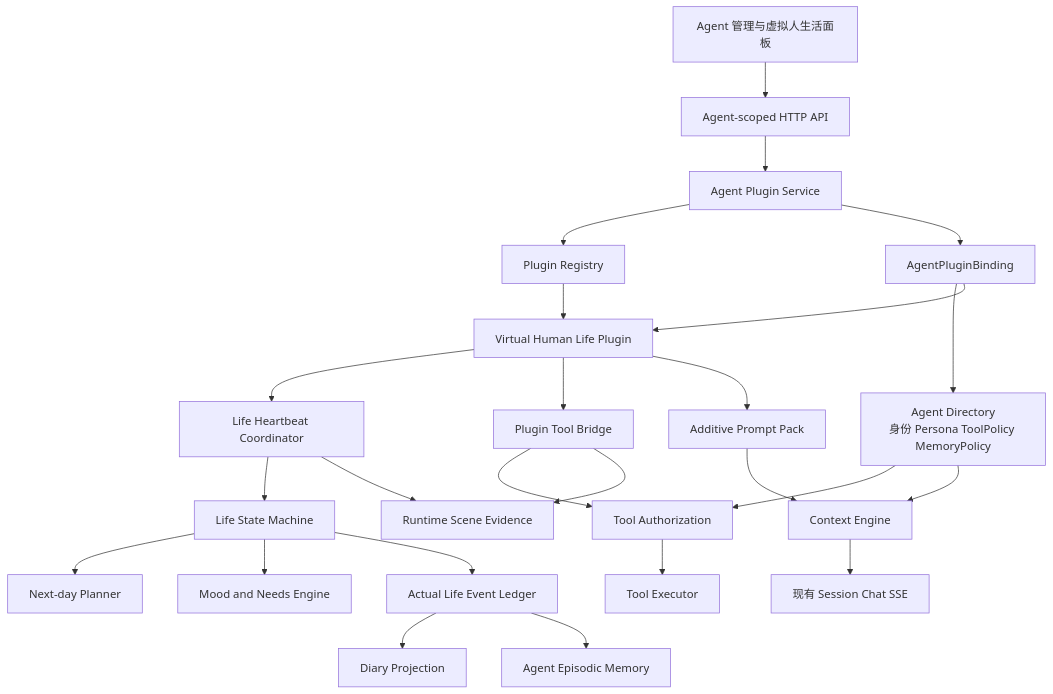
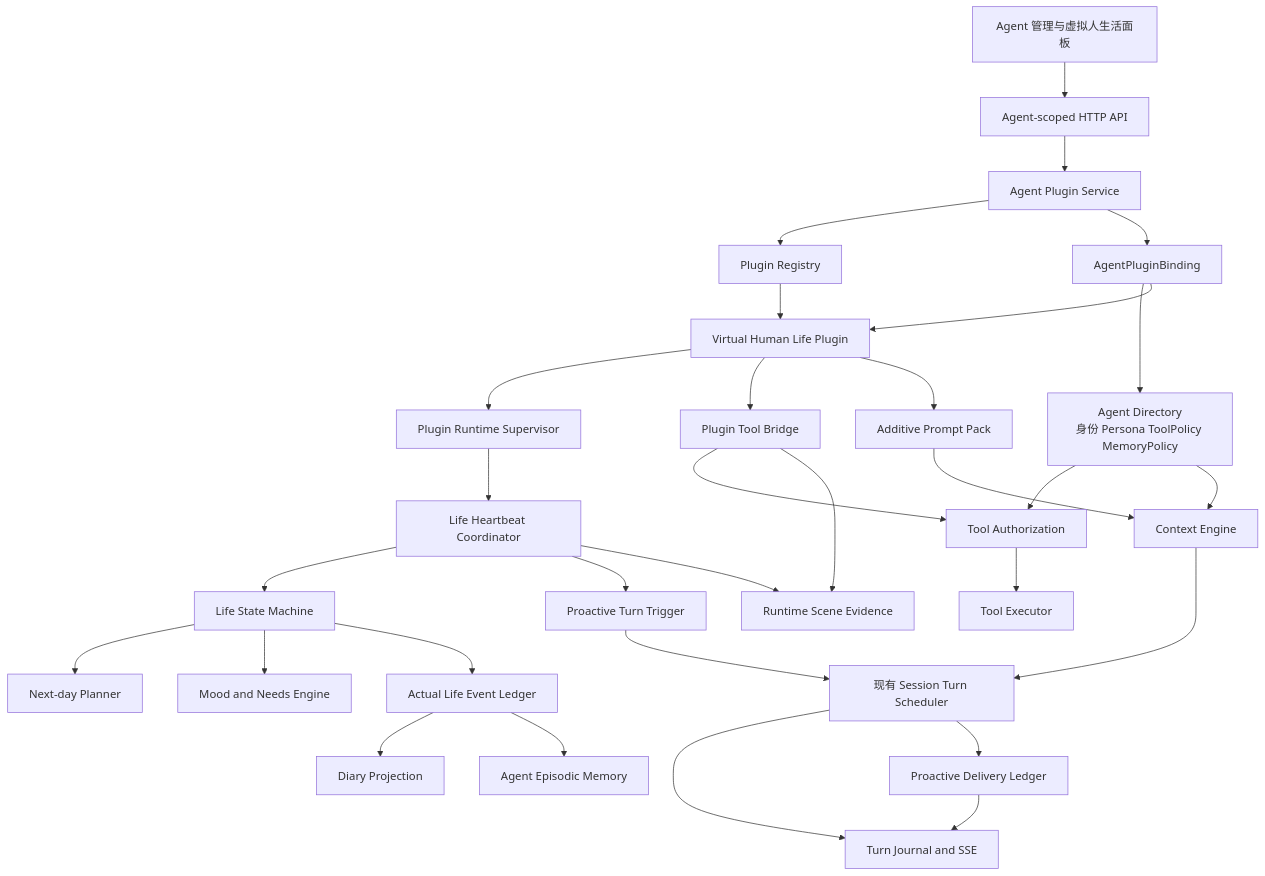
One commit to CCDawn/Vibelution changed the first of 4 diagrams in docs/prds/2026-08-27-virtual-human-life-plugin.md. Above: the diagram before and after it, drawn with Mermaid. The commit also changed other lines of this file, not shown here.

Commit message:
docs(prd): close virtual human plugin reuse contracts

````diff
--- a/docs/prds/2026-08-27-virtual-human-life-plugin.md
+++ b/docs/prds/2026-08-27-virtual-human-life-plugin.md
@@ -177,54 +185,64 @@
 ```mermaid
 flowchart TB
     UI[Agent 管理与虚拟人生活面板]
     API[Agent-scoped HTTP API]
     PluginService[Agent Plugin Service]
     Registry[Plugin Registry]
     Binding[AgentPluginBinding]
     AgentDirectory[Agent Directory<br/>身份 Persona ToolPolicy MemoryPolicy]
 
     LifePlugin[Virtual Human Life Plugin]
+    Supervisor[Plugin Runtime Supervisor]
     Coordinator[Life Heartbeat Coordinator]
     Engine[Life State Machine]
     Planner[Next-day Planner]
     Mood[Mood and Needs Engine]
     ToolBridge[Plugin Tool Bridge]
     PromptPack[Additive Prompt Pack]
     EventLedger[Actual Life Event Ledger]
     Diary[Diary Projection]
     Episodic[Agent Episodic Memory]
     Context[Context Engine]
     Auth[Tool Authorization]
     Executor[Tool Executor]
-    Session[现有 Session Chat SSE]
+    ProactiveTrigger[Proactive Turn Trigger]
+    TurnScheduler[现有 Session Turn Scheduler]
+    Journal[Turn Journal and SSE]
+    Delivery[Proactive Delivery Ledger]
     RuntimeScene[Runtime Scene Evidence]
 
     UI --> API
     API --> PluginService
     PluginService --> Registry
     PluginService --> Binding
     Binding --> AgentDirectory
 
     Registry --> LifePlugin
     Binding --> LifePlugin
-    LifePlugin --> Coordinator
+    LifePlugin --> Supervisor
+    Supervisor --> Coordinator
     Coordinator --> Engine
     Engine --> Planner
     Engine --> Mood
     Engine --> EventLedger
+    Coordinator --> ProactiveTrigger
+    ProactiveTrigger --> TurnScheduler
 
     LifePlugin --> ToolBridge
     ToolBridge --> Auth
     AgentDirectory --> Auth
     Auth --> Executor
 
     LifePlugin --> PromptPack
     PromptPack --> Context
     AgentDirectory --> Context
-    Context --> Session
+    Context --> TurnScheduler
+    TurnScheduler --> Journal
+    TurnScheduler --> Delivery
+    Delivery --> Journal
 
     EventLedger --> Diary
     EventLedger --> Episodic
     Coordinator --> RuntimeScene
     ToolBridge --> RuntimeScene
 ```
````
